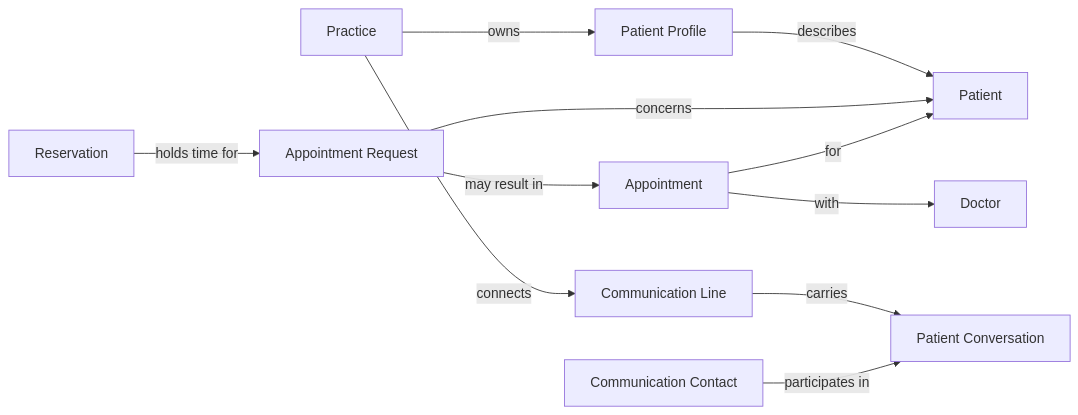
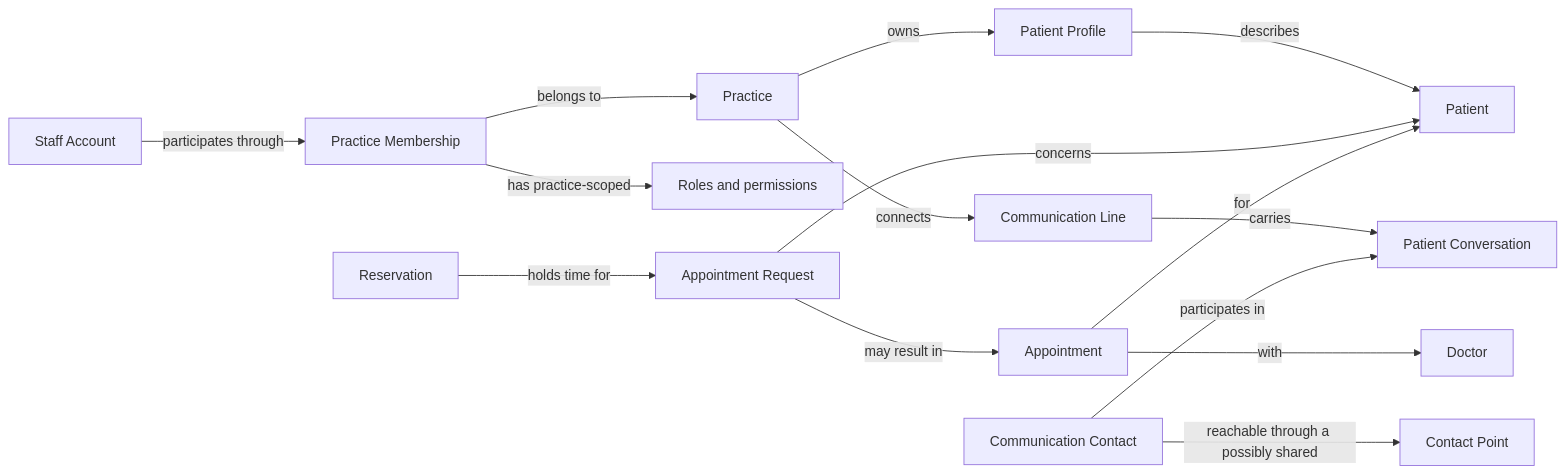
The diagram in docs/domain-model.md (codeonym-org/medora), drawn with Mermaid before and after one commit. The commit also changed other lines of this file and 10 other files, not shown here.

````diff
--- a/docs/domain-model.md
+++ b/docs/domain-model.md
@@ -18,13 +18,17 @@
 ```mermaid
 flowchart LR
+    Account[Staff Account] -->|participates through| Membership[Practice Membership]
+    Membership -->|belongs to| Practice
+    Membership -->|has practice-scoped| Roles[Roles and permissions]
     Practice -->|owns| Profile[Patient Profile]
     Profile -->|describes| Patient
     Practice -->|connects| Line[Communication Line]
     Line -->|carries| Conversation[Patient Conversation]
     Contact[Communication Contact] -->|participates in| Conversation
+    Contact -->|reachable through a possibly shared| Address[Contact Point]
     Request[Appointment Request] -->|concerns| Patient
     Hold[Reservation] -->|holds time for| Request
     Request -->|may result in| Appointment
     Appointment -->|for| Patient
     Appointment -->|with| Doctor
 ```
````
